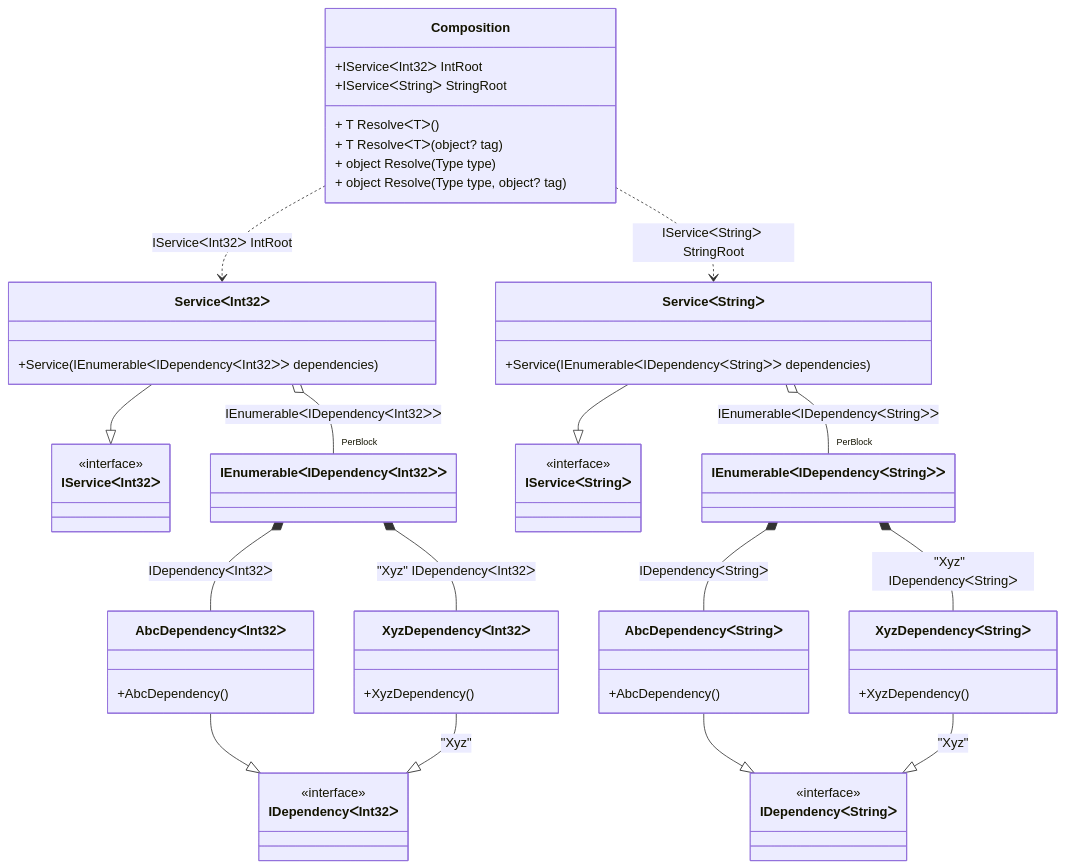
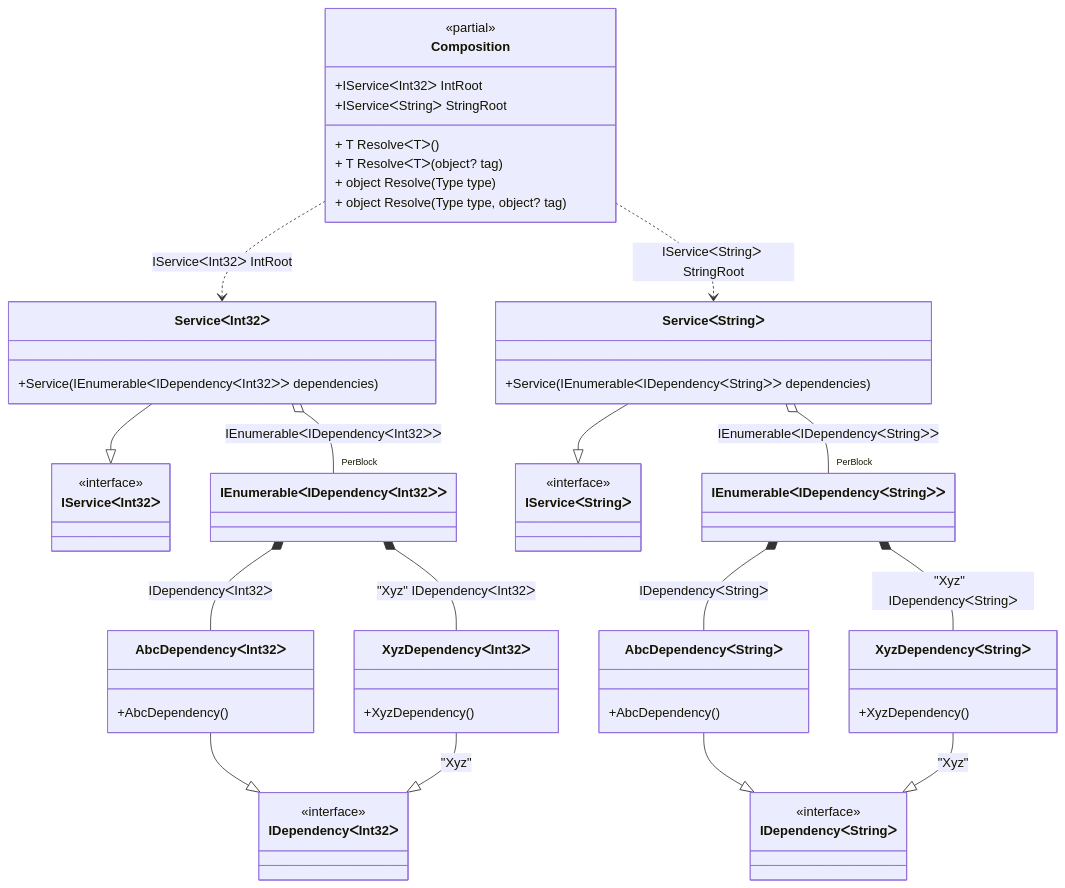
The diagram in readme/enumerable-generics.md (DevTeam/Pure.DI), drawn with Mermaid before and after one commit. The commit also changed 74 other files, not shown here.

Commit message:
Improved class diagram

````diff
--- a/readme/enumerable-generics.md
+++ b/readme/enumerable-generics.md
@@ -48,57 +48,58 @@
 ```mermaid
 classDiagram
 	class Composition {
+		<<partial>>
 		+IServiceᐸInt32ᐳ IntRoot
 		+IServiceᐸStringᐳ StringRoot
 		+ T ResolveᐸTᐳ()
 		+ T ResolveᐸTᐳ(object? tag)
 		+ object Resolve(Type type)
 		+ object Resolve(Type type, object? tag)
 	}
 	ServiceᐸInt32ᐳ --|> IServiceᐸInt32ᐳ : 
 	class ServiceᐸInt32ᐳ {
 		+Service(IEnumerableᐸIDependencyᐸInt32ᐳᐳ dependencies)
 	}
 	ServiceᐸStringᐳ --|> IServiceᐸStringᐳ : 
 	class ServiceᐸStringᐳ {
 		+Service(IEnumerableᐸIDependencyᐸStringᐳᐳ dependencies)
 	}
 	class IEnumerableᐸIDependencyᐸInt32ᐳᐳ
 	class IEnumerableᐸIDependencyᐸStringᐳᐳ
 	AbcDependencyᐸInt32ᐳ --|> IDependencyᐸInt32ᐳ : 
 	class AbcDependencyᐸInt32ᐳ {
 		+AbcDependency()
 	}
 	XyzDependencyᐸInt32ᐳ --|> IDependencyᐸInt32ᐳ : "Xyz" 
 	class XyzDependencyᐸInt32ᐳ {
 		+XyzDependency()
 	}
 	AbcDependencyᐸStringᐳ --|> IDependencyᐸStringᐳ : 
 	class AbcDependencyᐸStringᐳ {
 		+AbcDependency()
 	}
 	XyzDependencyᐸStringᐳ --|> IDependencyᐸStringᐳ : "Xyz" 
 	class XyzDependencyᐸStringᐳ {
 		+XyzDependency()
 	}
 	class IServiceᐸInt32ᐳ {
 		<<interface>>
 	}
 	class IServiceᐸStringᐳ {
 		<<interface>>
 	}
 	class IDependencyᐸInt32ᐳ {
 		<<interface>>
 	}
 	class IDependencyᐸStringᐳ {
 		<<interface>>
 	}
 	Composition ..> ServiceᐸInt32ᐳ : IServiceᐸInt32ᐳ IntRoot
 	Composition ..> ServiceᐸStringᐳ : IServiceᐸStringᐳ StringRoot
-	ServiceᐸInt32ᐳ o--  "PerBlock" IEnumerableᐸIDependencyᐸInt32ᐳᐳ : IEnumerableᐸIDependencyᐸInt32ᐳᐳ
-	ServiceᐸStringᐳ o--  "PerBlock" IEnumerableᐸIDependencyᐸStringᐳᐳ : IEnumerableᐸIDependencyᐸStringᐳᐳ
+	ServiceᐸInt32ᐳ o-- "PerBlock" IEnumerableᐸIDependencyᐸInt32ᐳᐳ : IEnumerableᐸIDependencyᐸInt32ᐳᐳ
+	ServiceᐸStringᐳ o-- "PerBlock" IEnumerableᐸIDependencyᐸStringᐳᐳ : IEnumerableᐸIDependencyᐸStringᐳᐳ
 	IEnumerableᐸIDependencyᐸInt32ᐳᐳ *--  AbcDependencyᐸInt32ᐳ : IDependencyᐸInt32ᐳ
 	IEnumerableᐸIDependencyᐸInt32ᐳᐳ *--  XyzDependencyᐸInt32ᐳ : "Xyz"  IDependencyᐸInt32ᐳ
 	IEnumerableᐸIDependencyᐸStringᐳᐳ *--  AbcDependencyᐸStringᐳ : IDependencyᐸStringᐳ
 	IEnumerableᐸIDependencyᐸStringᐳᐳ *--  XyzDependencyᐸStringᐳ : "Xyz"  IDependencyᐸStringᐳ
 ```
````
